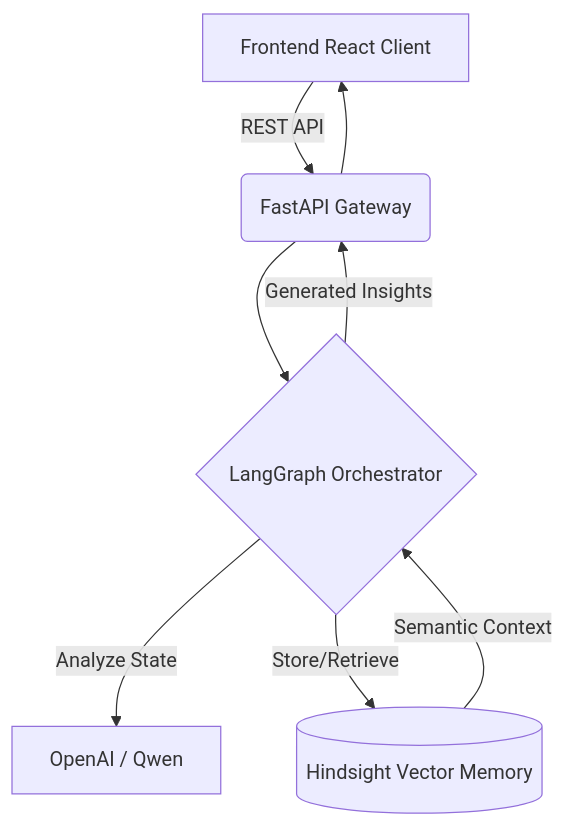
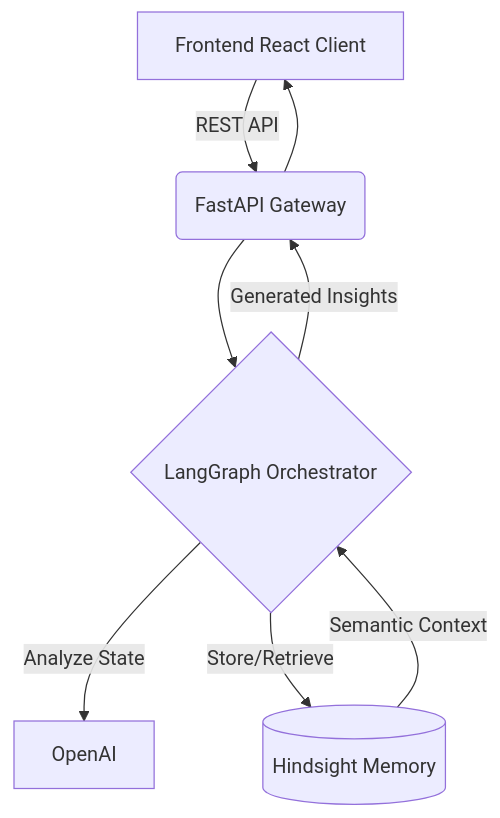
One commit to karanscosmo/IncidentIQ changed the first of 2 diagrams in README.md. Above: the diagram before and after it, drawn with Mermaid. The commit also changed other lines of this file and 1 other file, not shown here.

````diff
--- a/README.md
+++ b/README.md
@@ -68,10 +81,10 @@
 ```mermaid
 graph TD
     A[Frontend React Client] -->|REST API| B(FastAPI Gateway)
     B --> C{LangGraph Orchestrator}
-    C -->|Analyze State| D[OpenAI / Qwen]
-    C -->|Store/Retrieve| E[(Hindsight Vector Memory)]
+    C -->|Analyze State| D[OpenAI]
+    C -->|Store/Retrieve| E[(Hindsight Memory)]
     E -->|Semantic Context| C
     C -->|Generated Insights| B
     B --> A
 ```
````
